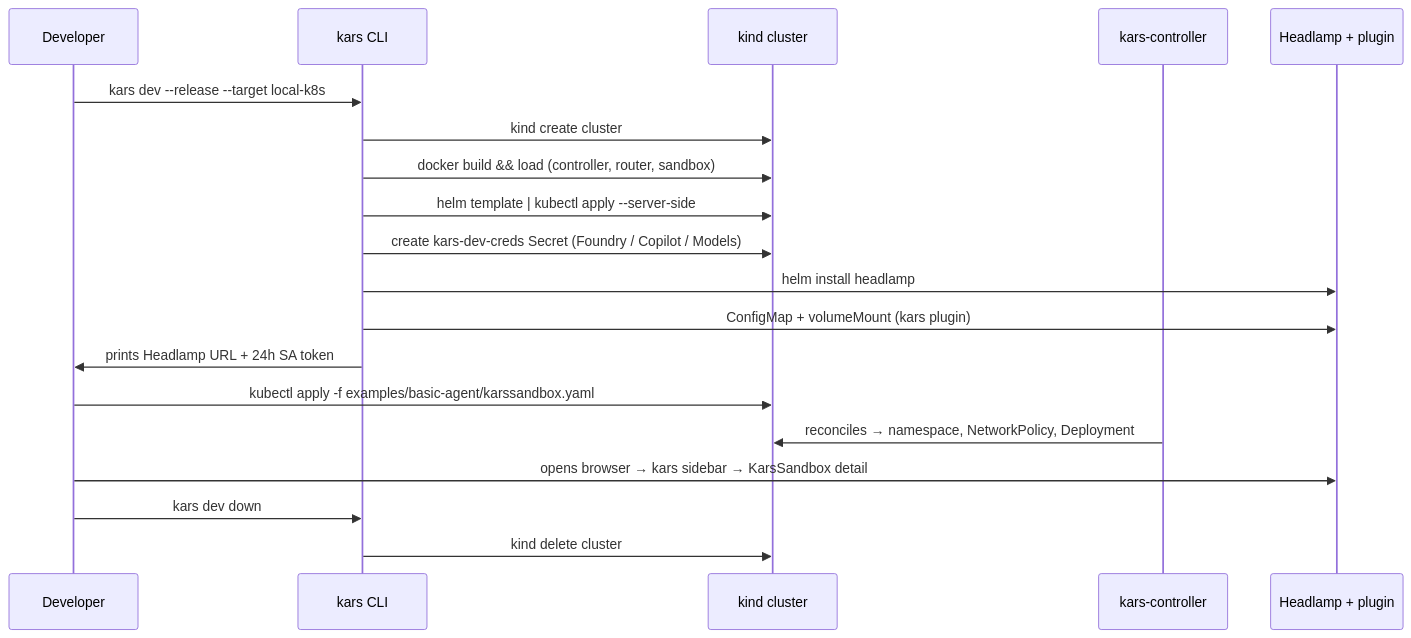
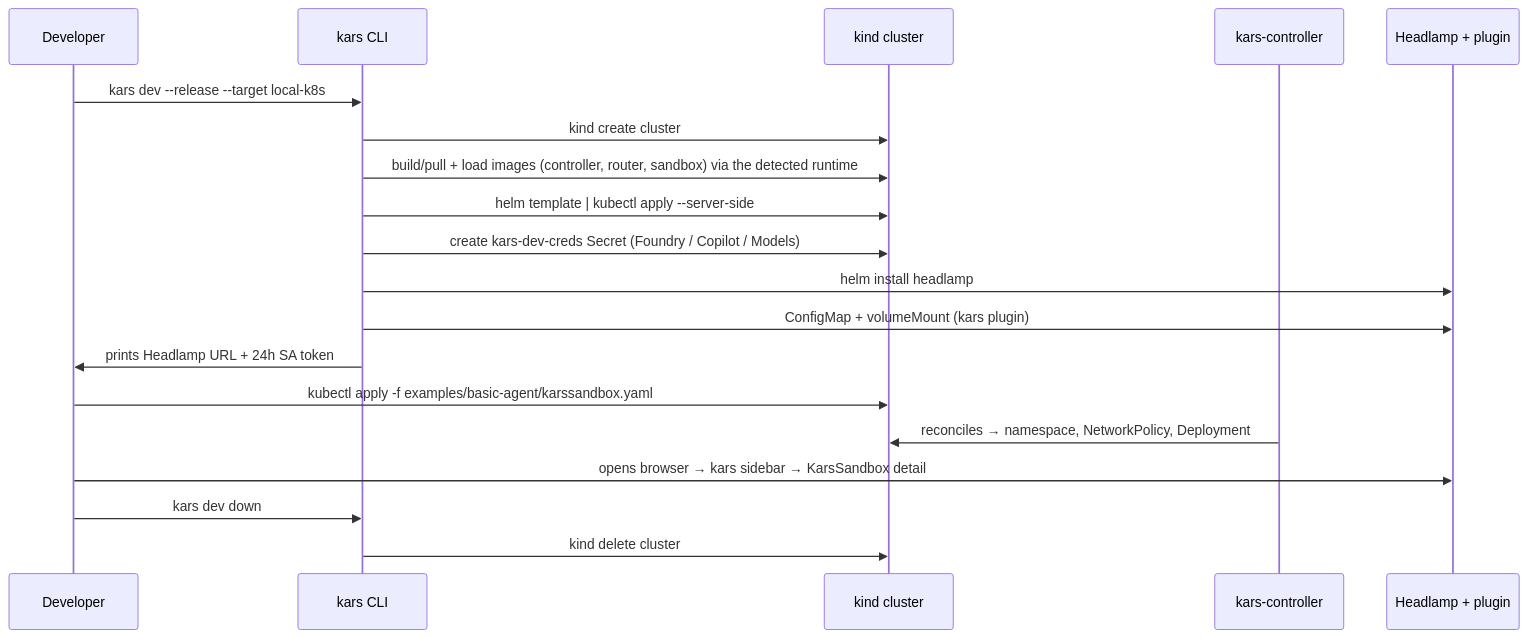
One commit to Azure/kars changed the second of 2 diagrams in docs/blueprints/02-local-k8s-dev-loop.md. Above: the diagram before and after it, drawn with Mermaid. The commit also changed 1 other file, not shown here.

Commit message:
docs: don't imply Docker-only where the kind path is runtime-agnostic
Sweep follow-up to the Podman/nerdctl fix. The single-container `docker` target
genuinely uses the `docker` CLI, so those references stay — but two spots tied to
the kind path / general first-run wrongly implied Docker specifically:

- blueprints/02 topology mermaid: "docker build && load" -> "build/pull + load
  images via the detected runtime" (kind drives docker/podman/nerdctl).
- getting-started troubleshooting: "Docker Desktop is not running / Start Docker"
  -> "the container runtime isn't running / start Docker Desktop, podman machine,
  or colima".

````diff
--- a/docs/blueprints/02-local-k8s-dev-loop.md
+++ b/docs/blueprints/02-local-k8s-dev-loop.md
@@ -59,21 +59,21 @@
 ```mermaid
 sequenceDiagram
   participant Dev as Developer
   participant CLI as kars CLI
   participant Kind as kind cluster
   participant Ctrl as kars-controller
   participant HL as Headlamp + plugin
   Dev->>CLI: kars dev --release --target local-k8s
   CLI->>Kind: kind create cluster
-  CLI->>Kind: docker build && load (controller, router, sandbox)
+  CLI->>Kind: build/pull + load images (controller, router, sandbox) via the detected runtime
   CLI->>Kind: helm template | kubectl apply --server-side
   CLI->>Kind: create kars-dev-creds Secret (Foundry / Copilot / Models)
   CLI->>HL: helm install headlamp
   CLI->>HL: ConfigMap + volumeMount (kars plugin)
   CLI->>Dev: prints Headlamp URL + 24h SA token
   Dev->>Kind: kubectl apply -f examples/basic-agent/karssandbox.yaml
   Ctrl->>Kind: reconciles → namespace, NetworkPolicy, Deployment
   Dev->>HL: opens browser → kars sidebar → KarsSandbox detail
   Dev->>CLI: kars dev down
   CLI->>Kind: kind delete cluster
 ```
````
